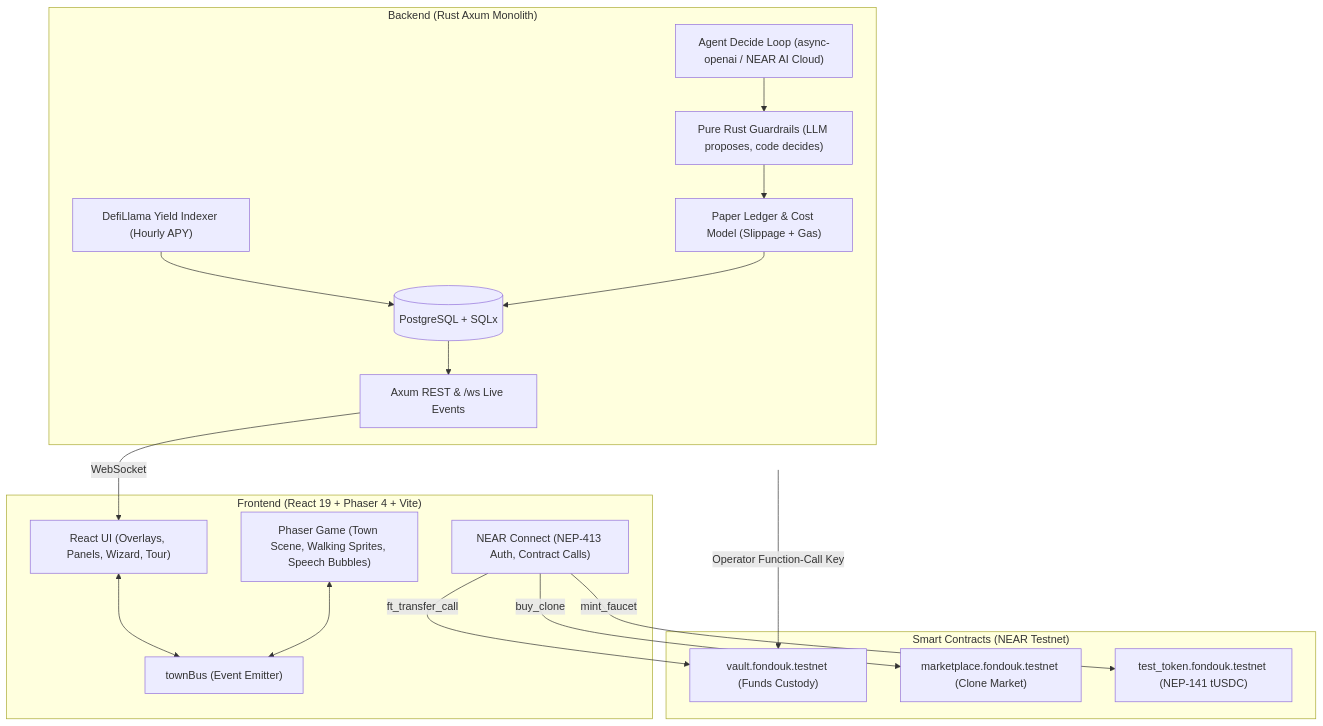
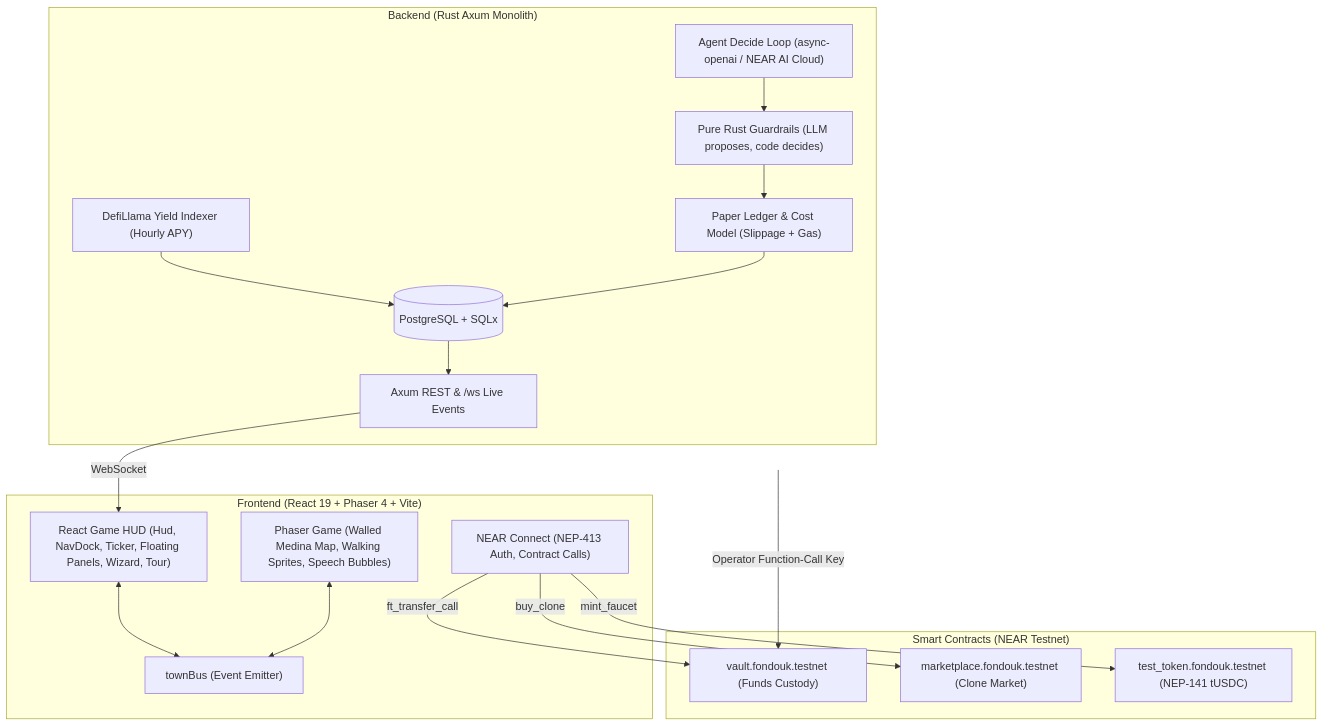
The diagram in README.md (ayoubbuoya/fondouk), drawn with Mermaid before and after one commit. The commit also changed other lines of this file and 4 other files, not shown here.

First line of the commit message:
docs: update documentation for game HUD reskin and freeze v1 spec

````diff
--- a/README.md
+++ b/README.md
@@ -82,36 +82,36 @@
 ```mermaid
 flowchart TB
     subgraph Frontend["Frontend (React 19 + Phaser 4 + Vite)"]
-        UI["React UI (Overlays, Panels, Wizard, Tour)"]
+        UI["React Game HUD (Hud, NavDock, Ticker, Floating Panels, Wizard, Tour)"]
         Bus["townBus (Event Emitter)"]
-        Engine["Phaser Game (Town Scene, Walking Sprites, Speech Bubbles)"]
+        Engine["Phaser Game (Walled Medina Map, Walking Sprites, Speech Bubbles)"]
         Wallet["NEAR Connect (NEP-413 Auth, Contract Calls)"]
         UI <--> Bus
         Engine <--> Bus
     end
 
     subgraph Backend["Backend (Rust Axum Monolith)"]
         API["Axum REST & /ws Live Events"]
         Indexer["DefiLlama Yield Indexer (Hourly APY)"]
         Decide["Agent Decide Loop (async-openai / NEAR AI Cloud)"]
         Guard["Pure Rust Guardrails (LLM proposes, code decides)"]
         Sim["Paper Ledger & Cost Model (Slippage + Gas)"]
         DB[(PostgreSQL + SQLx)]
         
         Indexer --> DB
         Decide --> Guard --> Sim --> DB
         DB --> API
         API -->|WebSocket| UI
     end
 
     subgraph Contracts["Smart Contracts (NEAR Testnet)"]
         Vault["vault.fondouk.testnet (Funds Custody)"]
         Mkt["marketplace.fondouk.testnet (Clone Market)"]
         Token["test_token.fondouk.testnet (NEP-141 tUSDC)"]
     end
 
     Wallet -->|ft_transfer_call| Vault
     Wallet -->|buy_clone| Mkt
     Wallet -->|mint_faucet| Token
     Backend -->|Operator Function-Call Key| Vault
 ```
````
